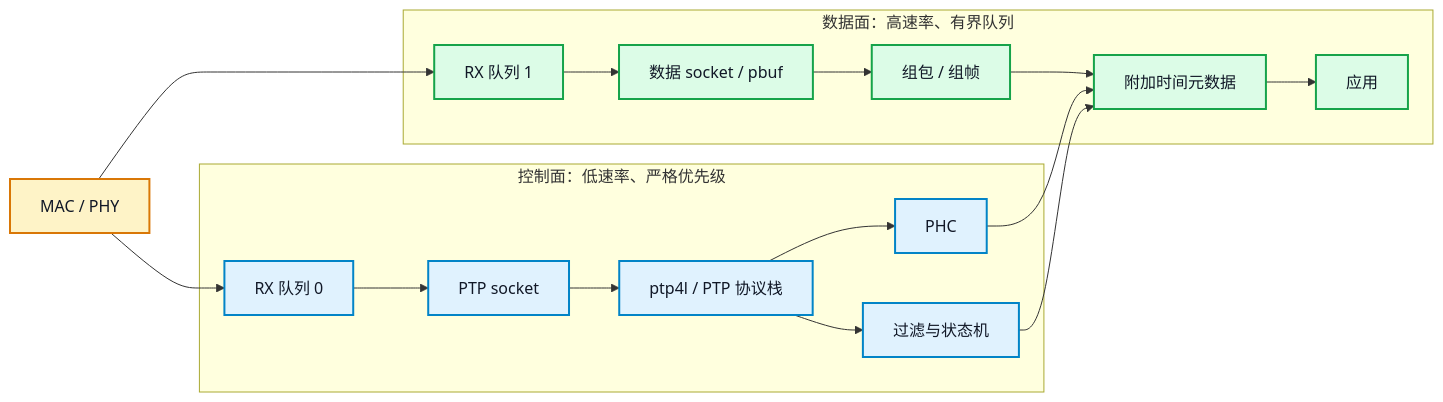
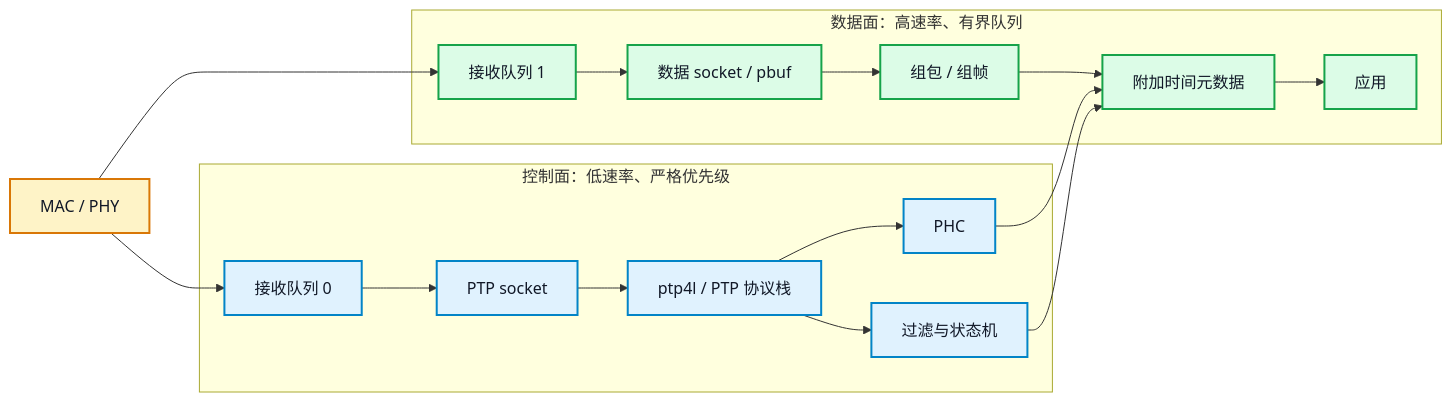
One commit to DeguiLiu/tech-notes changed the second of 5 diagrams in content/posts/architecture/ptp_network_module_design.md. Above: the diagram before and after it, drawn with Mermaid. The commit also changed other lines of this file, not shown here.

Commit message:
story-docs(blog): simplify PTP post for embedded engineers

````diff
--- a/content/posts/architecture/ptp_network_module_design.md
+++ b/content/posts/architecture/ptp_network_module_design.md
@@ -149,21 +149,21 @@
 ```mermaid
 flowchart LR
     NIC["MAC / PHY"]
     subgraph CP["控制面：低速率、严格优先级"]
-        Q0["RX 队列 0"] --> S0["PTP socket"] --> PTPD["ptp4l / PTP 协议栈"] --> PHC["PHC"]
+        Q0["接收队列 0"] --> S0["PTP socket"] --> PTPD["ptp4l / PTP 协议栈"] --> PHC["PHC"]
         PTPD --> FILT["过滤与状态机"]
     end
     subgraph DP["数据面：高速率、有界队列"]
-        Q1["RX 队列 1"] --> S1["数据 socket / pbuf"] --> ASM["组包 / 组帧"] --> META["附加时间元数据"] --> APP["应用"]
+        Q1["接收队列 1"] --> S1["数据 socket / pbuf"] --> ASM["组包 / 组帧"] --> META["附加时间元数据"] --> APP["应用"]
     end
     NIC --> Q0
     NIC --> Q1
     PHC --> META
     FILT --> META
     classDef nic fill:#fef3c7,stroke:#d97706,stroke-width:2px,color:#111827
     classDef ctrl fill:#e0f2fe,stroke:#0284c7,stroke-width:2px,color:#111827
     classDef data fill:#dcfce7,stroke:#16a34a,stroke-width:2px,color:#111827
     class NIC nic
     class Q0,S0,PTPD,PHC,FILT ctrl
     class Q1,S1,ASM,META,APP data
 ```
````
